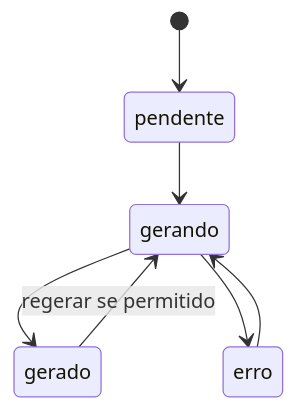
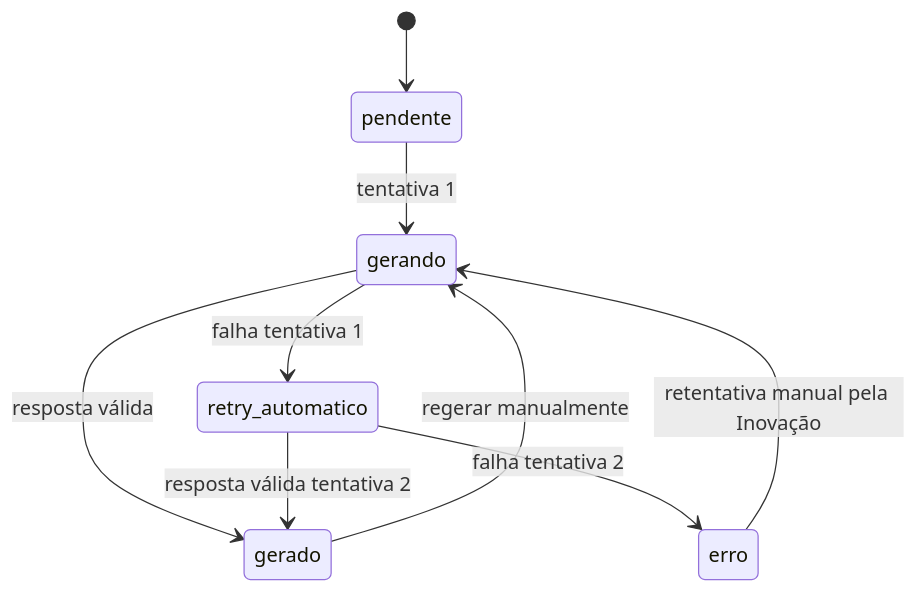
The third of 6 diagrams in design-tecnico-rennova-spark-hub.md (phablo-tavares/documentacao_portal_inovacao), drawn with Mermaid before and after one commit. The commit also changed other lines of this file and 2 other files, not shown here.

````diff
--- a/design-tecnico-rennova-spark-hub.md
+++ b/design-tecnico-rennova-spark-hub.md
@@ -158,9 +154,11 @@
 ```mermaid
 stateDiagram-v2
   [*] --> pendente
-  pendente --> gerando
-  gerando --> gerado
-  gerando --> erro
-  erro --> gerando
-  gerado --> gerando: regerar se permitido
+  pendente --> gerando: tentativa 1
+  gerando --> gerado: resposta válida
+  gerando --> retry_automatico: falha tentativa 1
+  retry_automatico --> gerado: resposta válida tentativa 2
+  retry_automatico --> erro: falha tentativa 2
+  erro --> gerando: retentativa manual pela Inovação
+  gerado --> gerando: regerar manualmente
 ```
````
